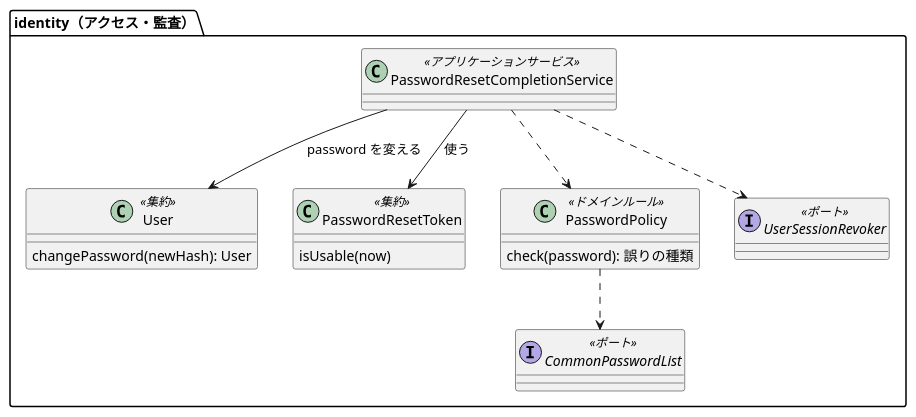
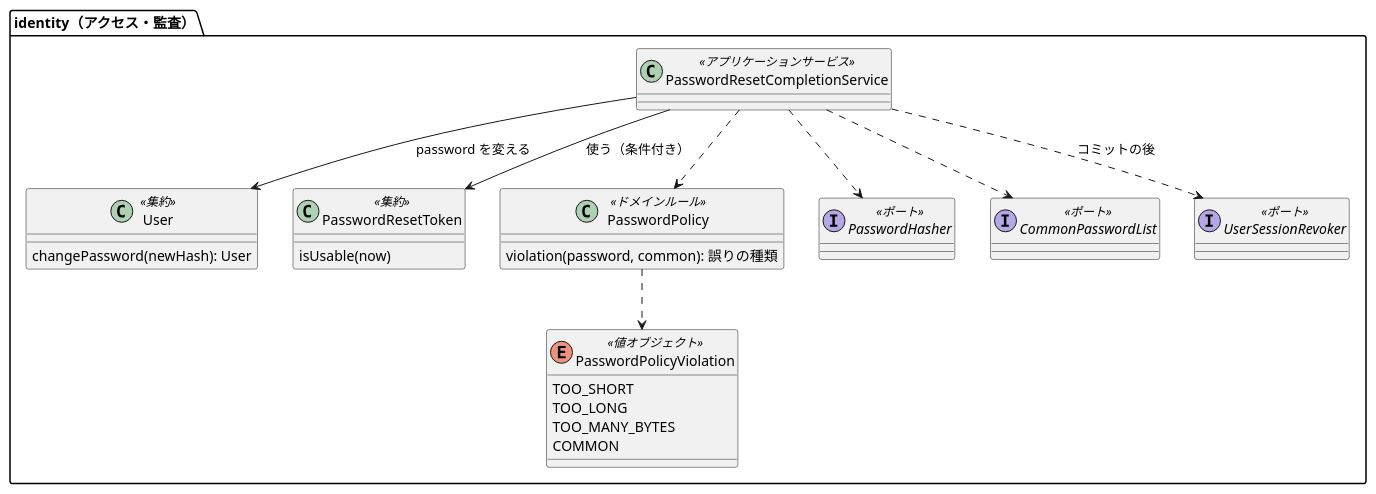
Before and after one commit to k2works/practical-domain-driven-design-in-enterpris-application: the first of 3 diagrams in docs/development/cargo-tracker/bolt_33a_plan.md, drawn with PlantUML. The commit also changed other lines of this file and 2 other files, not shown here.

````diff
--- a/docs/development/cargo-tracker/bolt_33a_plan.md
+++ b/docs/development/cargo-tracker/bolt_33a_plan.md
@@ -89,23 +105,32 @@
 ```plantuml
 @startuml
 package "identity（アクセス・監査）" {
   class User <<集約>> {
     changePassword(newHash): User
   }
   class PasswordResetToken <<集約>> {
     isUsable(now)
   }
   class PasswordPolicy <<ドメインルール>> {
-    check(password): 誤りの種類
+    violation(password, common): 誤りの種類
   }
+  enum PasswordPolicyViolation <<値オブジェクト>> {
+    TOO_SHORT
+    TOO_LONG
+    TOO_MANY_BYTES
+    COMMON
+  }
+  interface PasswordHasher <<ポート>>
   interface CommonPasswordList <<ポート>>
   interface UserSessionRevoker <<ポート>>
   class PasswordResetCompletionService <<アプリケーションサービス>>
-  PasswordPolicy ..> CommonPasswordList
-  PasswordResetCompletionService --> PasswordResetToken : 使う
+  PasswordPolicy ..> PasswordPolicyViolation
+  PasswordResetCompletionService ..> PasswordPolicy
+  PasswordResetCompletionService ..> CommonPasswordList
+  PasswordResetCompletionService ..> PasswordHasher
+  PasswordResetCompletionService --> PasswordResetToken : 使う（条件付き）
   PasswordResetCompletionService --> User : password を変える
-  PasswordResetCompletionService ..> PasswordPolicy
-  PasswordResetCompletionService ..> UserSessionRevoker
+  PasswordResetCompletionService ..> UserSessionRevoker : コミットの後
 }
 @enduml
 ```
````
